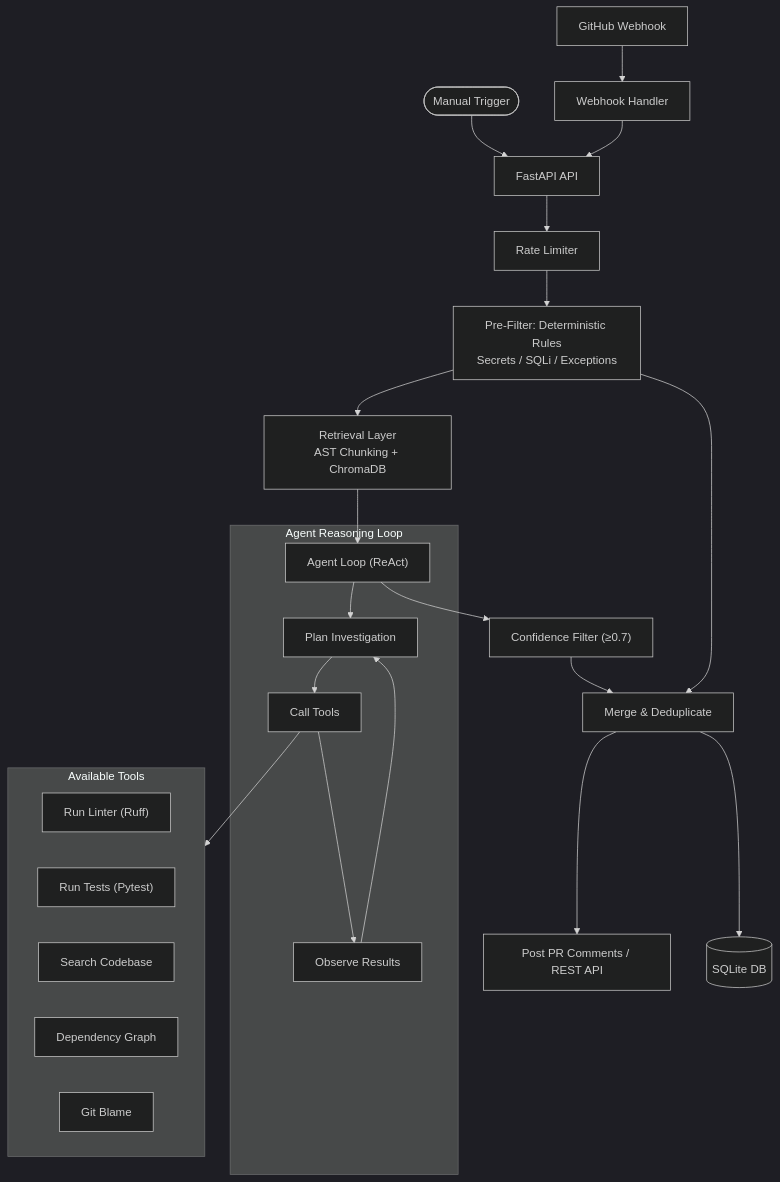
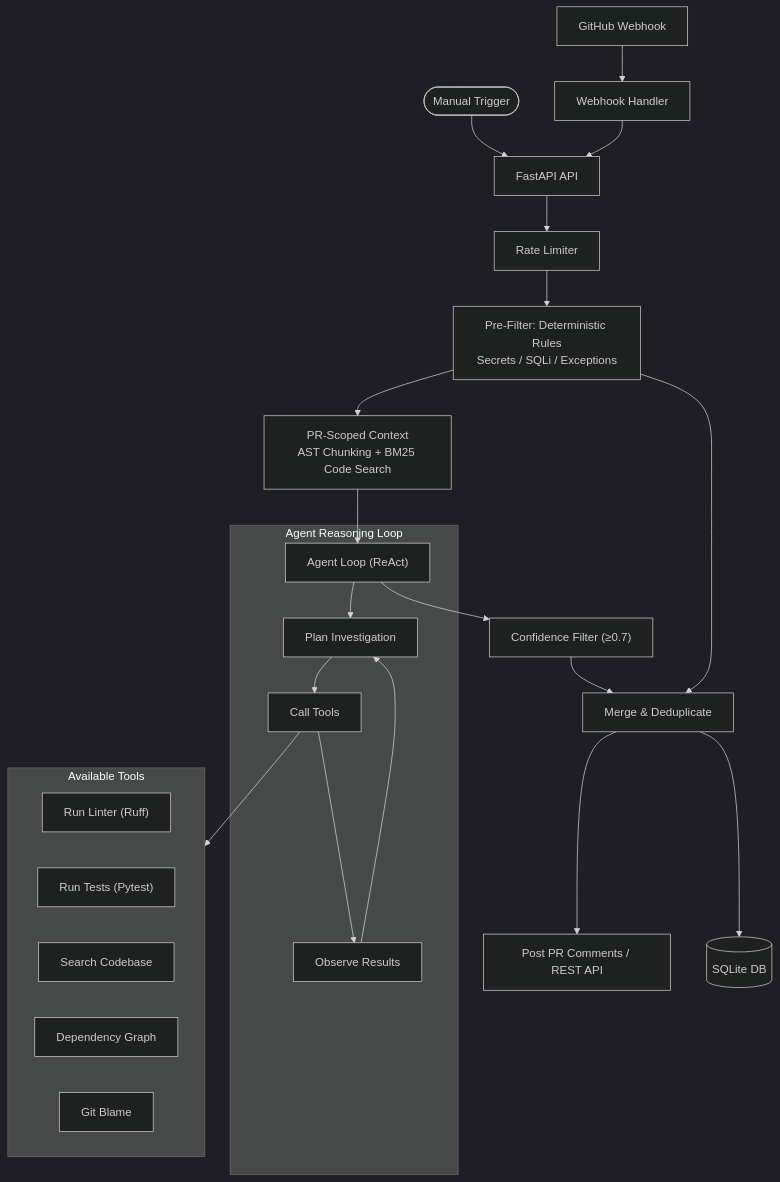
One commit to m-anojr/code-review-agent changed the diagram in README.md. Above: the diagram before and after it, drawn with Mermaid (dark theme). The commit also changed other lines of this file and 26 other files, not shown here.

````diff
--- a/README.md
+++ b/README.md
@@ -21,35 +21,35 @@
 ```mermaid
 flowchart TD
     GH["GitHub Webhook"] --> WH["Webhook Handler"]
     User(["Manual Trigger"]) --> API["FastAPI API"]
     WH --> API
 
     API --> RL["Rate Limiter"]
     RL --> Rules["Pre-Filter: Deterministic Rules<br>Secrets / SQLi / Exceptions"]
 
-    Rules --> Retrieval["Retrieval Layer<br>AST Chunking + ChromaDB"]
+    Rules --> Retrieval["PR-Scoped Context<br>AST Chunking + BM25 Code Search"]
     Retrieval --> Agent["Agent Loop (ReAct)"]
 
     subgraph AgentLoop ["Agent Reasoning Loop"]
         Agent --> Plan["Plan Investigation"]
         Plan --> Tools["Call Tools"]
         Tools --> Observe["Observe Results"]
         Observe --> Plan
     end
 
     subgraph ToolBox ["Available Tools"]
         Linter["Run Linter (Ruff)"]
         Tests["Run Tests (Pytest)"]
         Search["Search Codebase"]
         Deps["Dependency Graph"]
         Blame["Git Blame"]
     end
 
     Tools --> ToolBox
 
     Agent --> Filter["Confidence Filter (≥0.7)"]
     Filter --> Dedup["Merge & Deduplicate"]
     Rules --> Dedup
     Dedup --> Output["Post PR Comments / REST API"]
     Dedup --> DB[("SQLite DB")]
 ```
````
